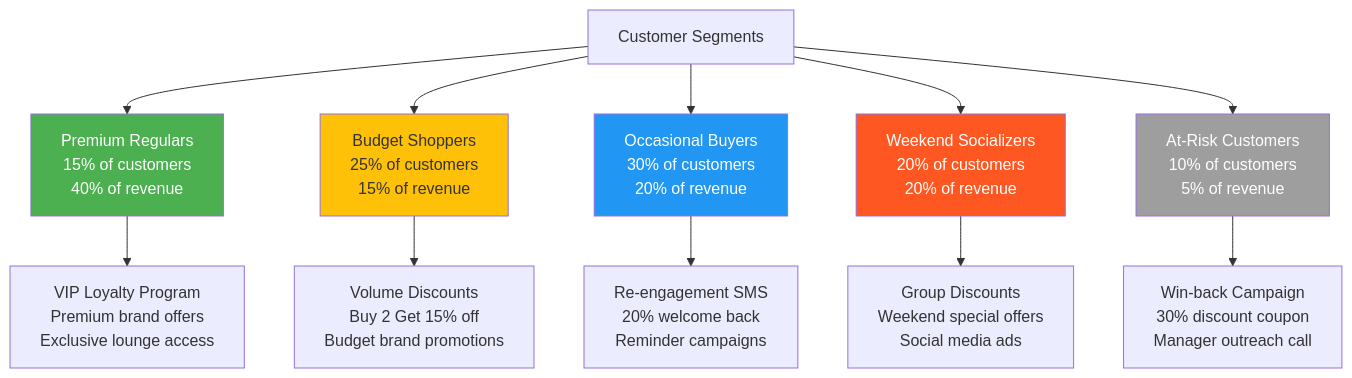
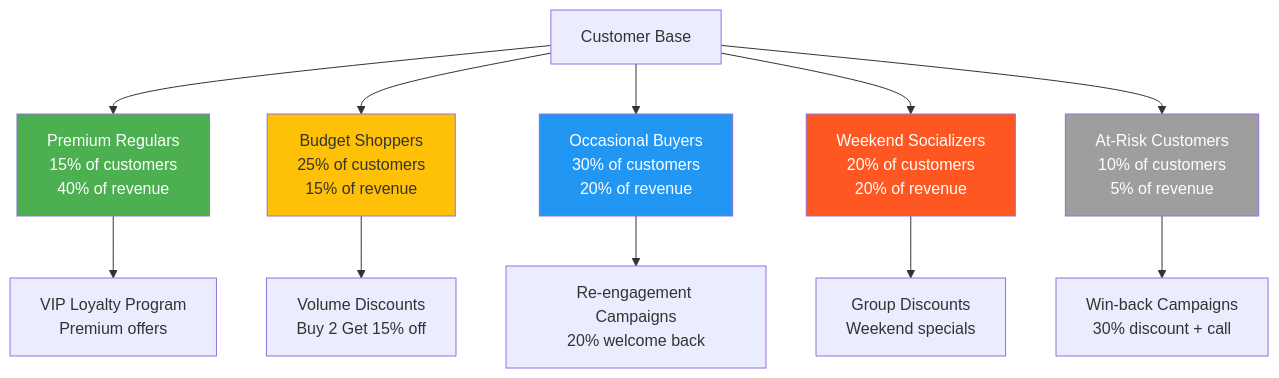
Before and after one commit to interview-tasks/Inforotor_AI_developer: the fourth of 12 diagrams in README.md, drawn with Mermaid. The commit also changed other lines of this file, not shown here.

````diff
--- a/README.md
+++ b/README.md
@@ -369,20 +175,20 @@
 ```mermaid
 graph TB
-    A[Customer Segments] --> B[Premium Regulars<br/>15% of customers<br/>40% of revenue]
+    A[Customer Base] --> B[Premium Regulars<br/>15% of customers<br/>40% of revenue]
     A --> C[Budget Shoppers<br/>25% of customers<br/>15% of revenue]
     A --> D[Occasional Buyers<br/>30% of customers<br/>20% of revenue]
     A --> E[Weekend Socializers<br/>20% of customers<br/>20% of revenue]
     A --> F[At-Risk Customers<br/>10% of customers<br/>5% of revenue]
 
-    B --> B1[VIP Loyalty Program<br/>Premium brand offers<br/>Exclusive lounge access]
-    C --> C1[Volume Discounts<br/>Buy 2 Get 15% off<br/>Budget brand promotions]
-    D --> D1[Re-engagement SMS<br/>20% welcome back<br/>Reminder campaigns]
-    E --> E1[Group Discounts<br/>Weekend special offers<br/>Social media ads]
-    F --> F1[Win-back Campaign<br/>30% discount coupon<br/>Manager outreach call]
+    B --> B1[VIP Loyalty Program<br/>Premium offers]
+    C --> C1[Volume Discounts<br/>Buy 2 Get 15% off]
+    D --> D1[Re-engagement Campaigns<br/>20% welcome back]
+    E --> E1[Group Discounts<br/>Weekend specials]
+    F --> F1[Win-back Campaigns<br/>30% discount + call]
 
     style B fill:#4CAF50,color:#fff
     style C fill:#FFC107
     style D fill:#2196F3,color:#fff
     style E fill:#FF5722,color:#fff
     style F fill:#9E9E9E,color:#fff
 ```
````
